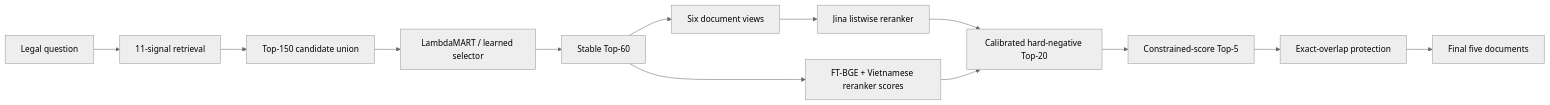
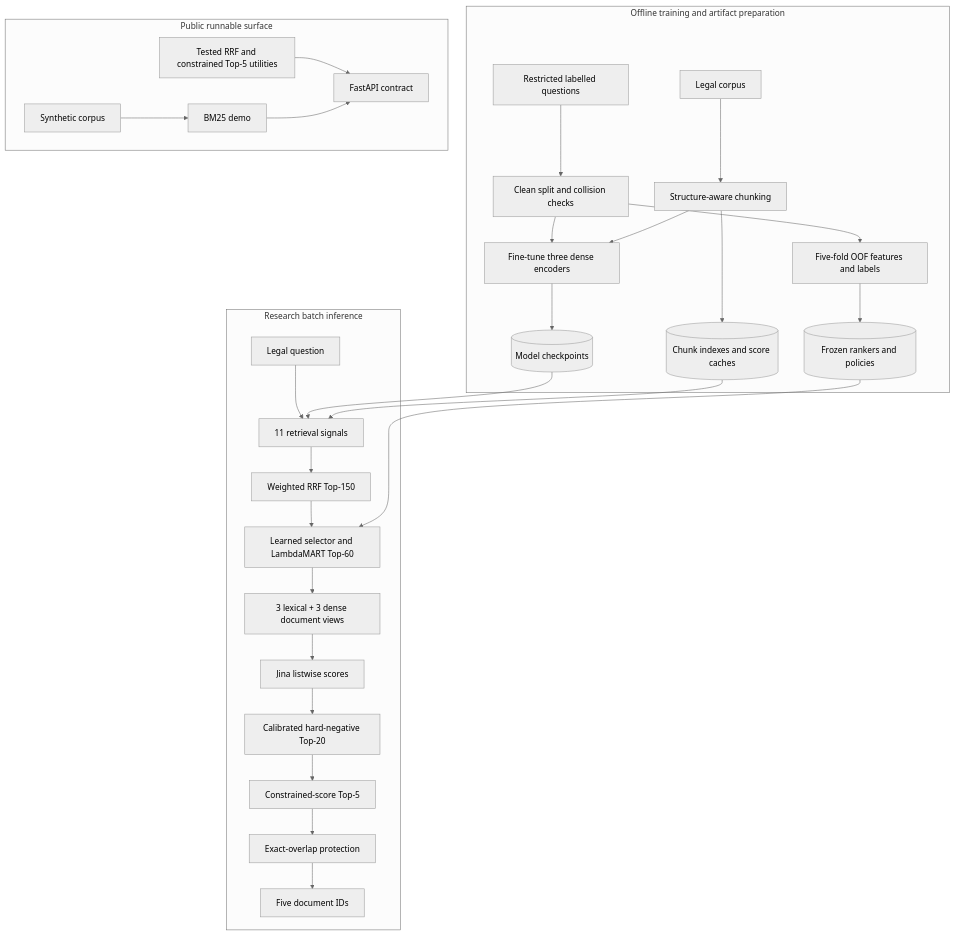
Before and after one commit to ducdanh2304/lexviet-retrieval: the diagram in README.md, drawn with Mermaid (neutral theme). The commit also changed other lines of this file and 15 other files, not shown here.

````diff
--- a/README.md
+++ b/README.md
@@ -94,15 +49,34 @@
 ```mermaid
-flowchart LR
-    Q[Legal question] --> R[11-signal retrieval]
-    R --> T150[Top-150 candidate union]
-    T150 --> LM[LambdaMART / learned selector]
-    LM --> T60[Stable Top-60]
-    T60 --> V[Six document views]
-    V --> J[Jina listwise reranker]
-    T60 --> S[FT-BGE + Vietnamese reranker scores]
-    J --> H[Calibrated hard-negative Top-20]
-    S --> H
-    H --> C[Constrained-score Top-5]
-    C --> E[Exact-overlap protection]
-    E --> O[Final five documents]
+flowchart TB
+  subgraph offline[Offline training and artifact preparation]
+    D[Restricted labelled questions] --> C[Clean split and collision checks]
+    L[Legal corpus] --> K[Structure-aware chunking]
+    C --> FT[Fine-tune three dense encoders]
+    K --> FT
+    C --> OOF[Five-fold OOF features and labels]
+    FT --> M[(Model checkpoints)]
+    OOF --> R[(Frozen rankers and policies)]
+    K --> I[(Chunk indexes and score caches)]
+  end
+
+  subgraph inference[Research batch inference]
+    Q[Legal question] --> S[11 retrieval signals]
+    M --> S
+    I --> S
+    S --> F[Weighted RRF Top-150]
+    F --> T60[Learned selector and LambdaMART Top-60]
+    R --> T60
+    T60 --> V[3 lexical + 3 dense document views]
+    V --> J[Jina listwise scores]
+    J --> T20[Calibrated hard-negative Top-20]
+    T20 --> T5[Constrained-score Top-5]
+    T5 --> E[Exact-overlap protection]
+    E --> A[Five document IDs]
+  end
+
+  subgraph public[Public runnable surface]
+    P[Synthetic corpus] --> B[BM25 demo]
+    U[Tested RRF and constrained Top-5 utilities] --> API[FastAPI contract]
+    B --> API
+  end
 ```
````
